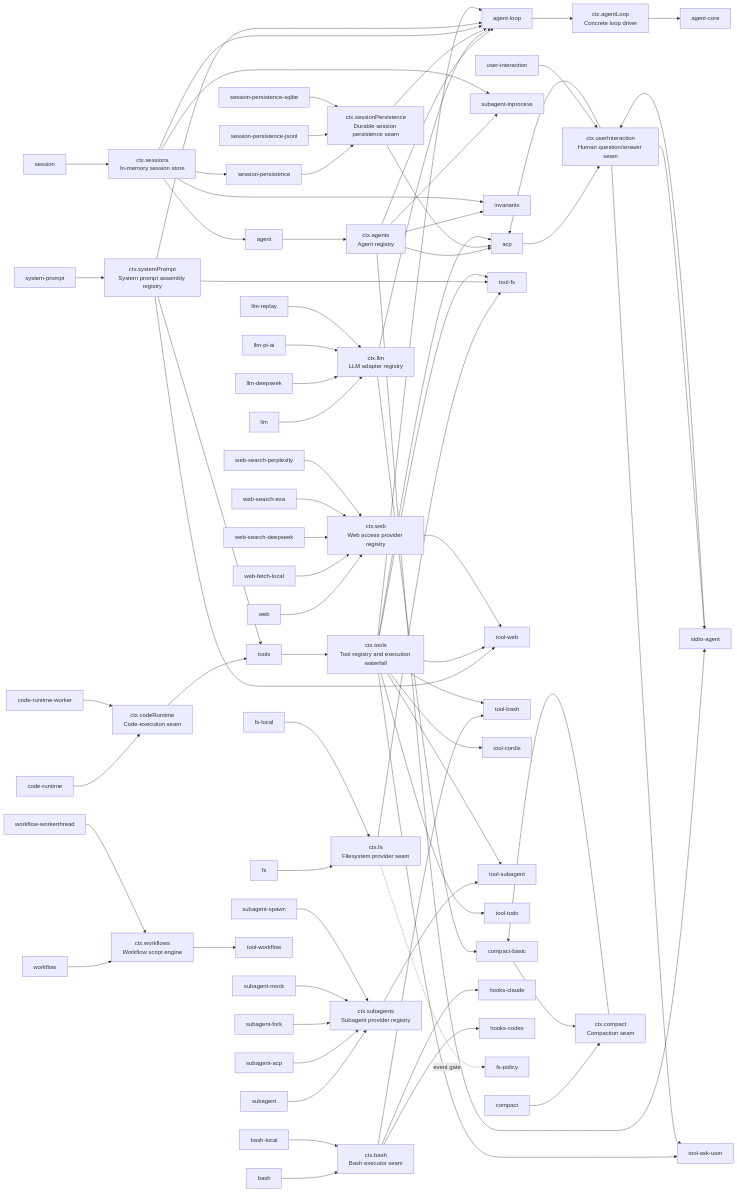
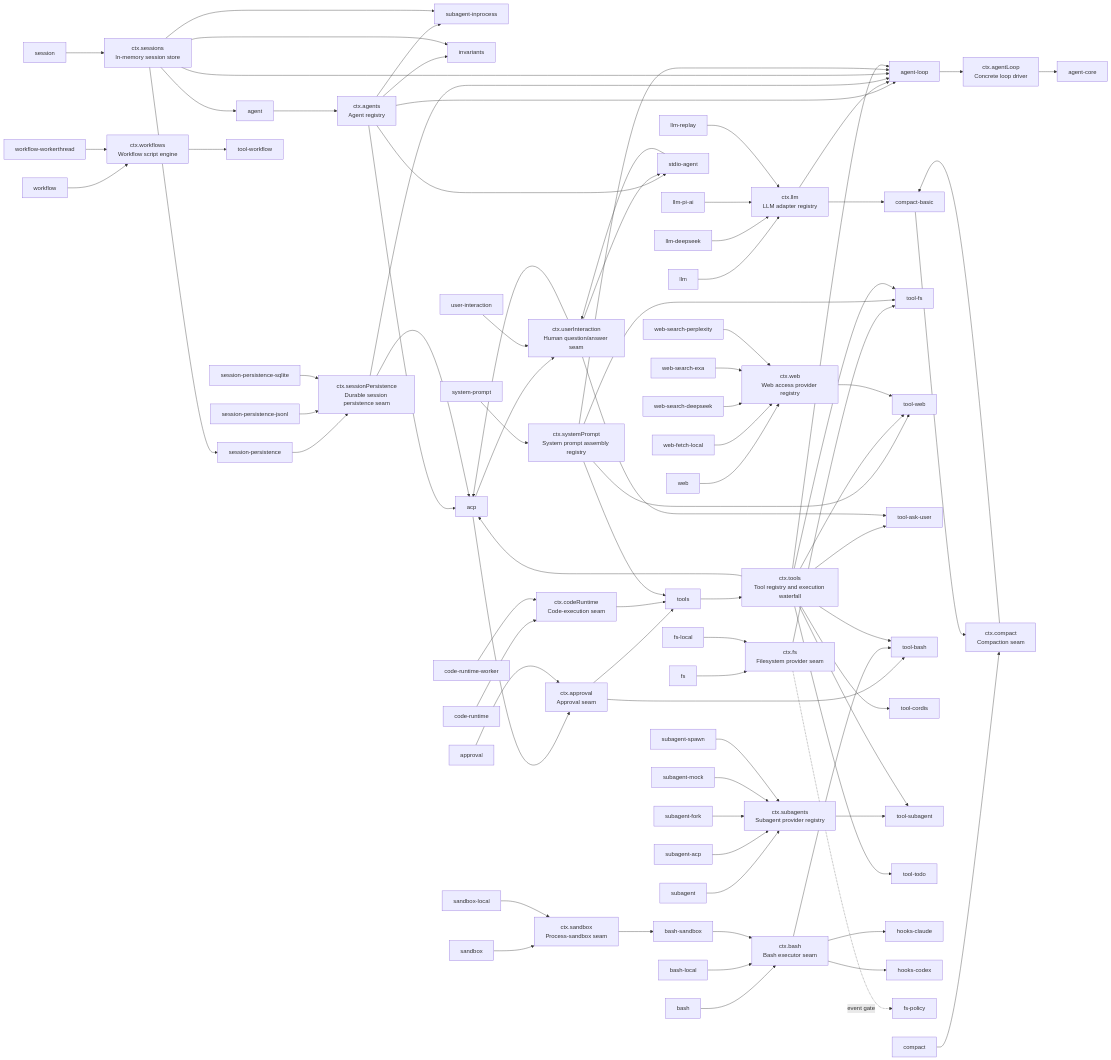
Before and after one commit to eru123/coco-harness: the diagram in docs/capability-seams.md, drawn with Mermaid. The commit also changed other lines of this file and 134 other files, not shown here.

```diff
--- a/docs/capability-seams.md
+++ b/docs/capability-seams.md
@@ -44,8 +44,14 @@
   pkg_bash["bash"]
   svc_bash["ctx.bash<br/>Bash executor seam"]
   pkg_bash_local["bash-local"]
+  pkg_bash_sandbox["bash-sandbox"]
   pkg_hooks_claude["hooks-claude"]
   pkg_hooks_codex["hooks-codex"]
+  pkg_sandbox["sandbox"]
+  svc_sandbox["ctx.sandbox<br/>Process-sandbox seam"]
+  pkg_sandbox_local["sandbox-local"]
+  pkg_approval["approval"]
+  svc_approval["ctx.approval<br/>Approval seam"]
   pkg_code_runtime["code-runtime"]
   svc_codeRuntime["ctx.codeRuntime<br/>Code-execution seam"]
   pkg_code_runtime_worker["code-runtime-worker"]
@@ -71,11 +77,14 @@
   svc_workflows["ctx.workflows<br/>Workflow script engine"]
   pkg_workflow_workerthread["workflow-workerthread"]
   pkg_tool_workflow["tool-workflow"]
+  pkg_acp --> svc_approval
   pkg_acp --> svc_userInteraction
   pkg_agent --> svc_agents
   pkg_agent_loop --> svc_agentLoop
+  pkg_approval --> svc_approval
   pkg_bash --> svc_bash
   pkg_bash_local --> svc_bash
+  pkg_bash_sandbox --> svc_bash
   pkg_code_runtime --> svc_codeRuntime
   pkg_code_runtime_worker --> svc_codeRuntime
   pkg_compact --> svc_compact
@@ -86,6 +95,8 @@
   pkg_llm_deepseek --> svc_llm
   pkg_llm_pi_ai --> svc_llm
   pkg_llm_replay --> svc_llm
+  pkg_sandbox --> svc_sandbox
+  pkg_sandbox_local --> svc_sandbox
   pkg_session --> svc_sessions
   pkg_session_persistence --> svc_sessionPersistence
   pkg_session_persistence_jsonl --> svc_sessionPersistence
@@ -112,6 +123,8 @@
   svc_agents --> pkg_invariants
   svc_agents --> pkg_stdio_agent
   svc_agents --> pkg_subagent_inprocess
+  svc_approval --> pkg_tool_bash
+  svc_approval --> pkg_tools
   svc_bash --> pkg_hooks_claude
   svc_bash --> pkg_hooks_codex
   svc_bash --> pkg_tool_bash
@@ -120,6 +133,7 @@
   svc_fs --> pkg_tool_fs
   svc_llm --> pkg_agent_loop
   svc_llm --> pkg_compact_basic
+  svc_sandbox --> pkg_bash_sandbox
   svc_sessionPersistence --> pkg_acp
   svc_sessionPersistence --> pkg_agent_loop
   svc_sessions --> pkg_agent
```
